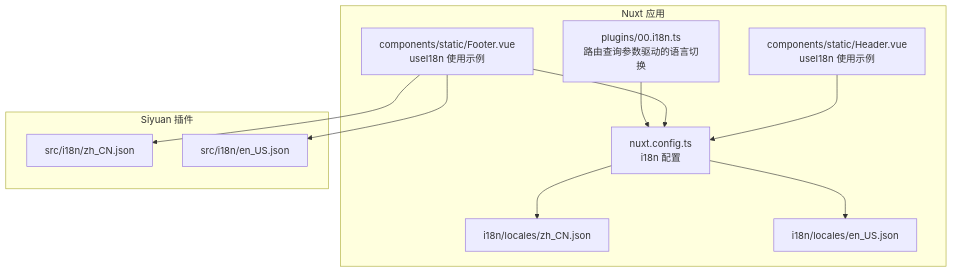
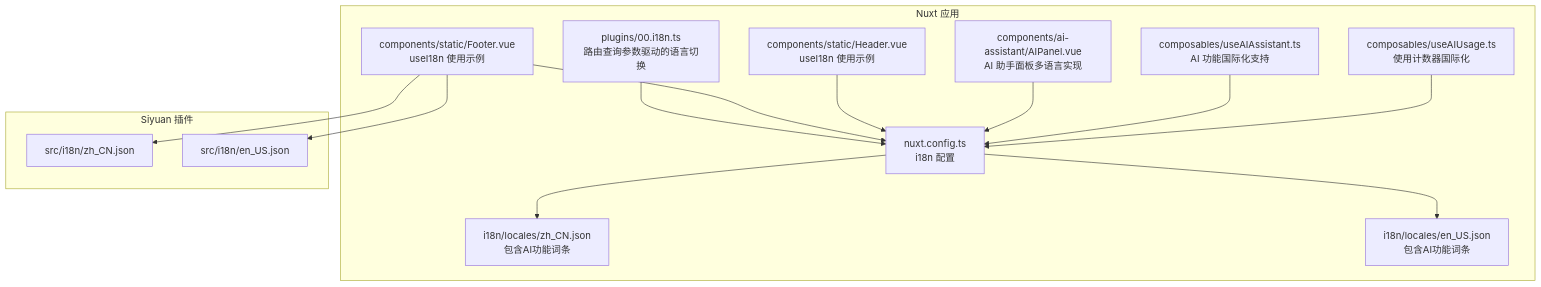
The first of 5 diagrams in .qoder/repowiki/zh/content/核心功能/设置管理系统/多语言支持.md (terwer/siyuan-plugin-blog), drawn with Mermaid before and after one commit. The commit also changed other lines of this file and 31 other files, not shown here.

````diff
--- a/.qoder/repowiki/zh/content/核心功能/设置管理系统/多语言支持.md
+++ b/.qoder/repowiki/zh/content/核心功能/设置管理系统/多语言支持.md
@@ -35,22 +46,28 @@
 ```mermaid
 graph TB
 subgraph "Nuxt 应用"
 NC["nuxt.config.ts<br/>i18n 配置"]
 NP["plugins/00.i18n.ts<br/>路由查询参数驱动的语言切换"]
 NF["components/static/Footer.vue<br/>useI18n 使用示例"]
 NH["components/static/Header.vue<br/>useI18n 使用示例"]
-L_ZH["i18n/locales/zh_CN.json"]
-L_EN["i18n/locales/en_US.json"]
+AIPanel["components/ai-assistant/AIPanel.vue<br/>AI 助手面板多语言实现"]
+AIAssistant["composables/useAIAssistant.ts<br/>AI 功能国际化支持"]
+AIUsage["composables/useAIUsage.ts<br/>使用计数器国际化"]
+L_ZH["i18n/locales/zh_CN.json<br/>包含AI功能词条"]
+L_EN["i18n/locales/en_US.json<br/>包含AI功能词条"]
 end
 subgraph "Siyuan 插件"
 SZH["src/i18n/zh_CN.json"]
 SEN["src/i18n/en_US.json"]
 end
 NC --> L_ZH
 NC --> L_EN
 NP --> NC
 NF --> NC
 NH --> NC
+AIPanel --> NC
+AIAssistant --> NC
+AIUsage --> NC
 NF --> SZH
 NF --> SEN
 ```
````
